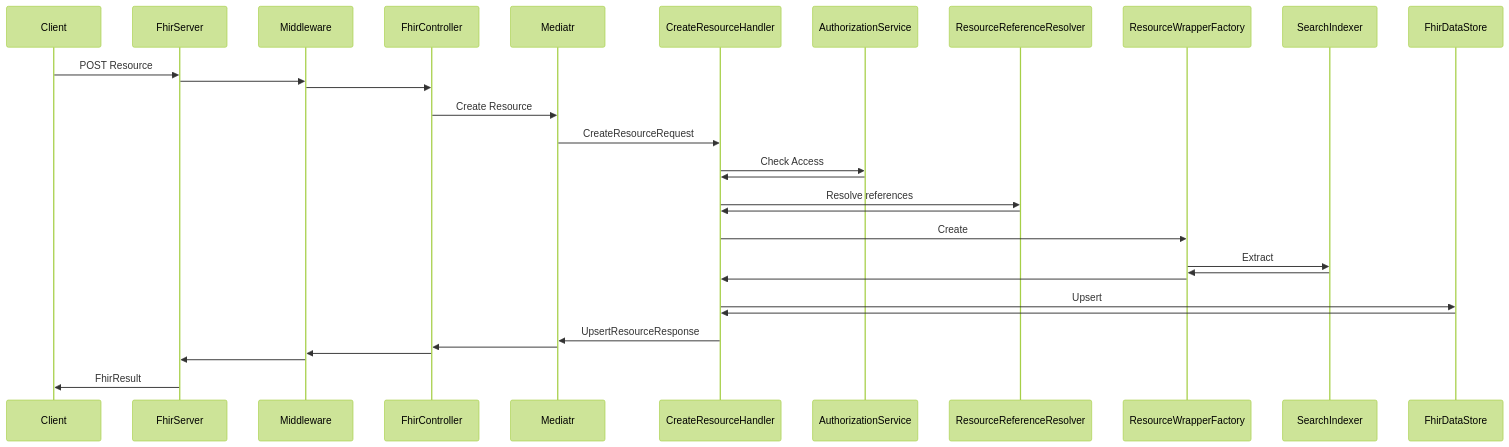
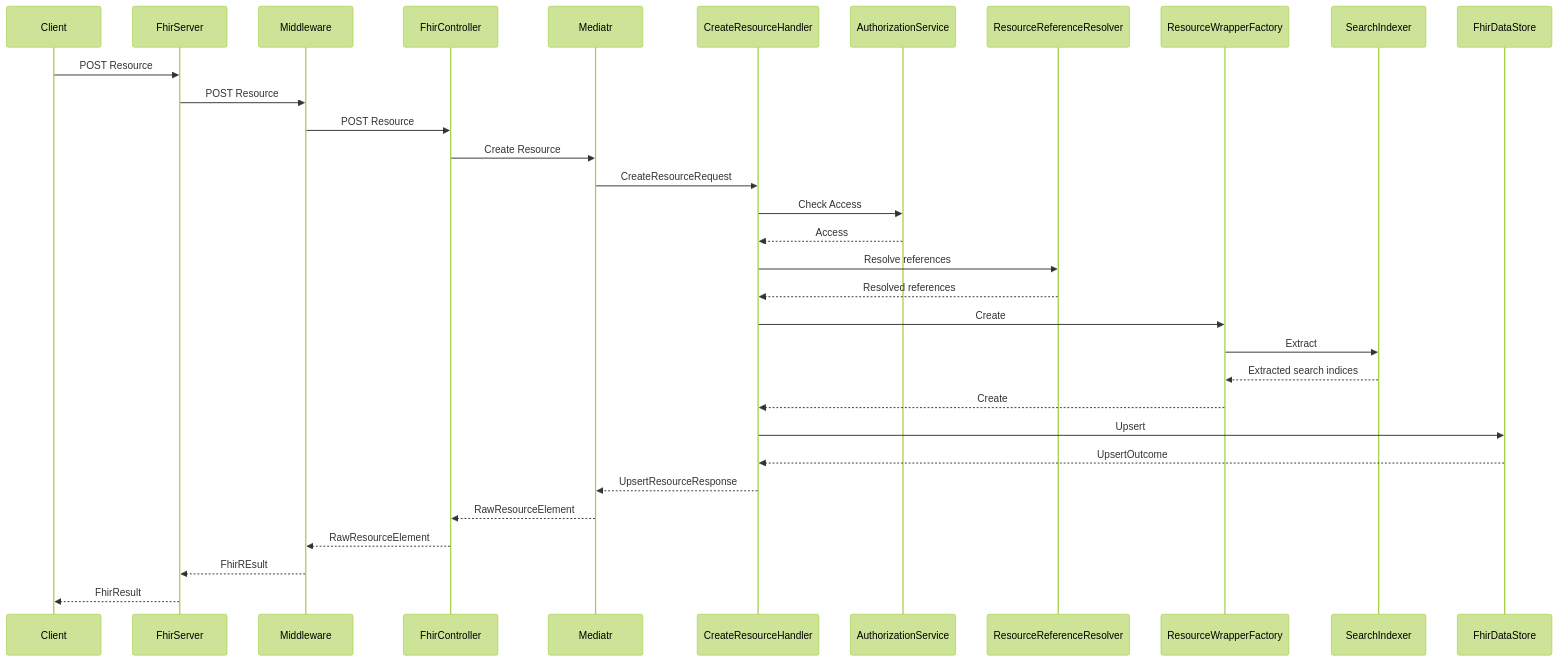
One commit to microsoft/fhir-server changed the diagram in docs/flow diagrams/create-resource.md. Above: the diagram before and after it, drawn with Mermaid (forest theme). The commit also changed 3 other files, not shown here.

Commit message:
Add comments for the sequences

````diff
--- a/docs/flow diagrams/create-resource.md
+++ b/docs/flow diagrams/create-resource.md
@@ -1,23 +1,23 @@
 ```mermaid
 sequenceDiagram
     Client->>FhirServer: POST Resource
-    FhirServer->>Middleware:
-    Middleware->>FhirController:
+    FhirServer->>Middleware: POST Resource
+    Middleware->>FhirController: POST Resource
     FhirController->>Mediatr: Create Resource
     Mediatr->>CreateResourceHandler: CreateResourceRequest
     CreateResourceHandler->>AuthorizationService: Check Access
-    AuthorizationService->>CreateResourceHandler:
+    AuthorizationService-->>CreateResourceHandler: Access
     CreateResourceHandler->>ResourceReferenceResolver: Resolve references
-    ResourceReferenceResolver->>CreateResourceHandler:
+    ResourceReferenceResolver-->>CreateResourceHandler: Resolved references
     CreateResourceHandler->>ResourceWrapperFactory: Create
     ResourceWrapperFactory->>SearchIndexer: Extract
-    SearchIndexer->>ResourceWrapperFactory:
-    ResourceWrapperFactory->>CreateResourceHandler:
+    SearchIndexer-->>ResourceWrapperFactory: Extracted search indices
+    ResourceWrapperFactory-->>CreateResourceHandler: Create
     CreateResourceHandler->>FhirDataStore: Upsert
-    FhirDataStore->>CreateResourceHandler:
-    CreateResourceHandler->>Mediatr: UpsertResourceResponse
-    Mediatr->>FhirController:
-    FhirController->>Middleware:
-    Middleware->>FhirServer:
-    FhirServer->>Client: FhirResult
+    FhirDataStore-->>CreateResourceHandler: UpsertOutcome
+    CreateResourceHandler-->>Mediatr: UpsertResourceResponse
+    Mediatr-->>FhirController: RawResourceElement
+    FhirController-->>Middleware: RawResourceElement
+    Middleware-->>FhirServer: FhirREsult
+    FhirServer-->>Client: FhirResult
 ```
````
